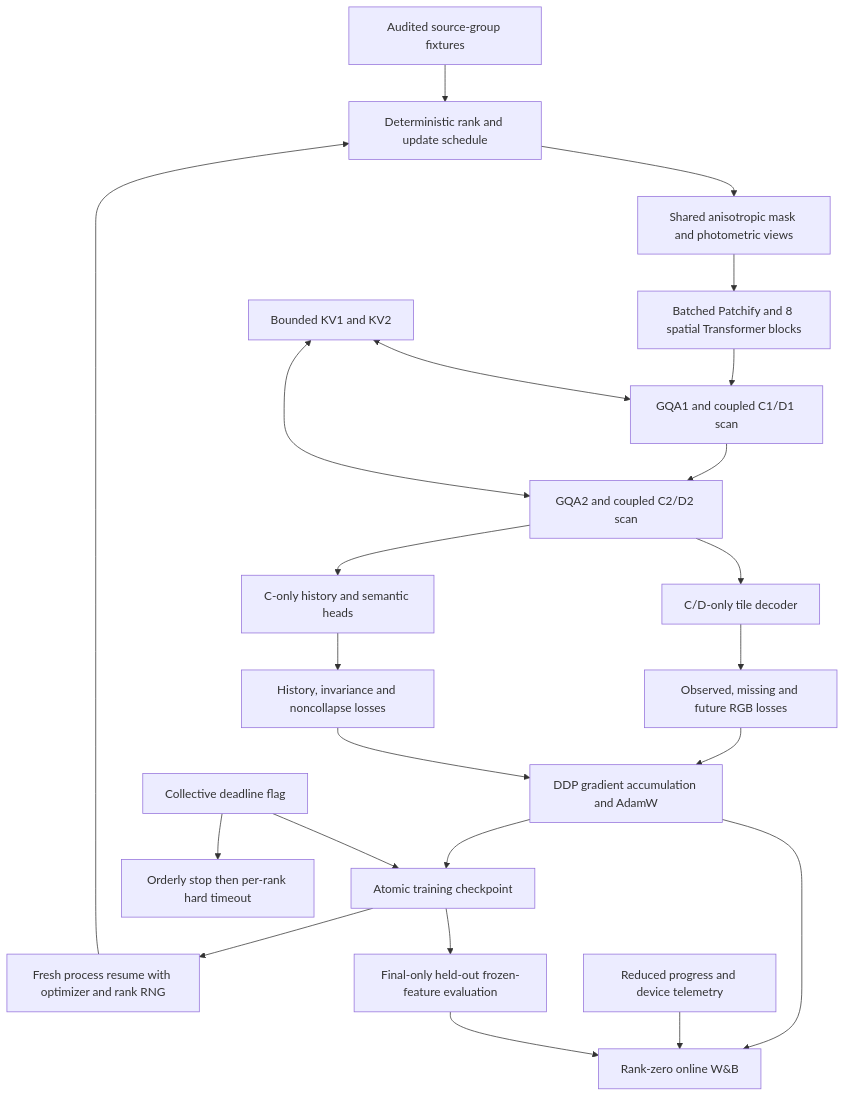
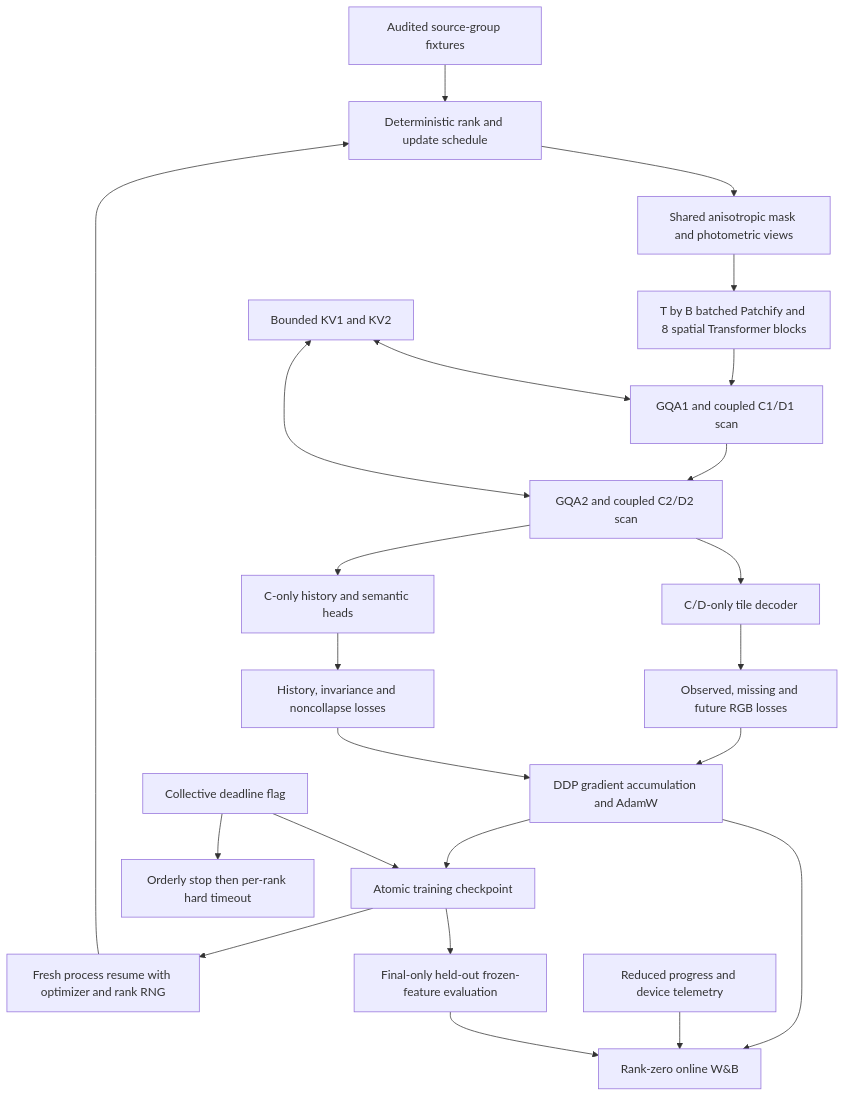
One commit to Computer-Vision-Lab-LinhDang/Antokenizer changed the diagram in docs/architecture/mavt-hybrid-training.md. Above: the diagram before and after it, drawn with Mermaid. The commit also changed other lines of this file and 9 other files, not shown here.

````diff
--- a/docs/architecture/mavt-hybrid-training.md
+++ b/docs/architecture/mavt-hybrid-training.md
@@ -6,25 +6,25 @@
 ```mermaid
 flowchart TD
   A[Audited source-group fixtures] --> B[Deterministic rank and update schedule]
   B --> C[Shared anisotropic mask and photometric views]
-  C --> D[Batched Patchify and 8 spatial Transformer blocks]
+  C --> D[T by B batched Patchify and 8 spatial Transformer blocks]
   D --> E[GQA1 and coupled C1/D1 scan]
   E --> F[GQA2 and coupled C2/D2 scan]
   K[Bounded KV1 and KV2] <--> E
   K <--> F
   F --> G[C/D-only tile decoder]
   F --> H[C-only history and semantic heads]
   G --> I[Observed, missing and future RGB losses]
   H --> J[History, invariance and noncollapse losses]
   I --> L[DDP gradient accumulation and AdamW]
   J --> L
   L --> M[Atomic training checkpoint]
   M --> N[Fresh process resume with optimizer and rank RNG]
   N --> B
   L --> O[Rank-zero online W&B]
   P[Reduced progress and device telemetry] --> O
   Q[Collective deadline flag] --> M
   Q --> R[Orderly stop then per-rank hard timeout]
   M --> S[Final-only held-out frozen-feature evaluation]
   S --> O
 ```
````
